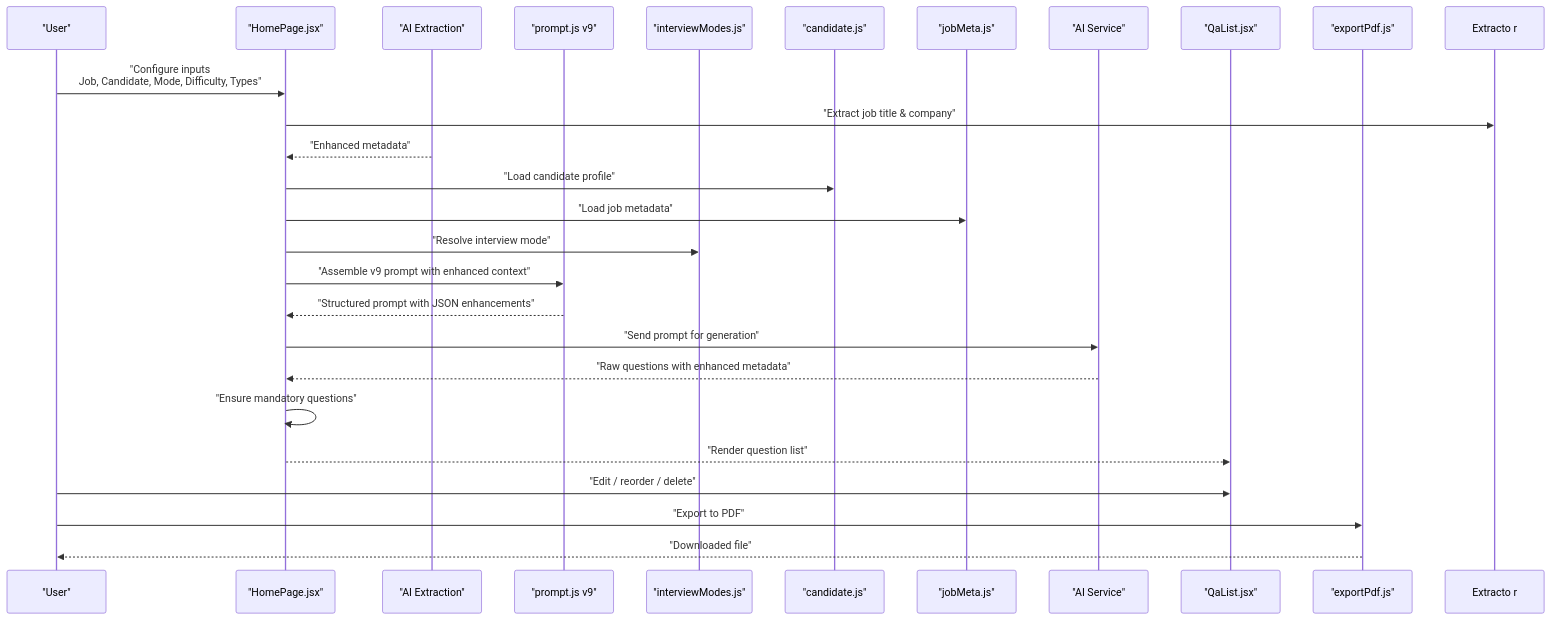
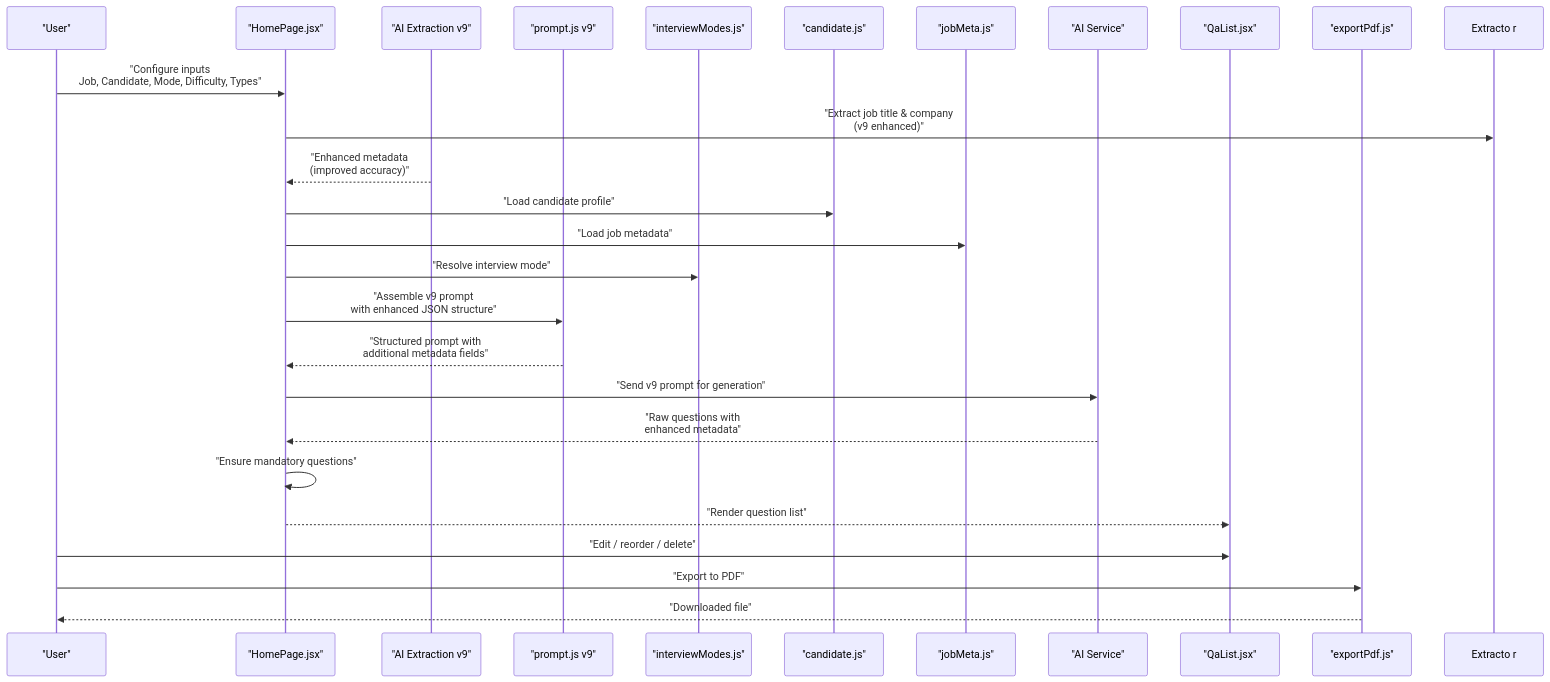
Before and after one commit to zmyeo54/briefroom: the second of 6 diagrams in .qoder/repowiki/en/content/Core Features/Interview Question Generator/Interview Question Generator.md, drawn with Mermaid. The commit also changed other lines of this file and 37 other files, not shown here.

First line of the commit message:
feat(job-application): enhance job metadata extraction and processing capabilities

````diff
--- a/.qoder/repowiki/en/content/Core Features/Interview Question Generator/Interview Question Generator.md
+++ b/.qoder/repowiki/en/content/Core Features/Interview Question Generator/Interview Question Generator.md
@@ -132,28 +135,28 @@
 ```mermaid
 sequenceDiagram
 participant User as "User"
 participant Page as "HomePage.jsx"
-participant Extractor as "AI Extraction"
+participant Extractor as "AI Extraction v9"
 participant Prompt as "prompt.js v9"
 participant Modes as "interviewModes.js"
 participant Cand as "candidate.js"
 participant Job as "jobMeta.js"
 participant Gen as "AI Service"
 participant List as "QaList.jsx"
 participant Export as "exportPdf.js"
 User->>Page : "Configure inputs<br/>Job, Candidate, Mode, Difficulty, Types"
-Page->>Extracto r : "Extract job title & company"
-Extractor-->>Page : "Enhanced metadata"
+Page->>Extracto r : "Extract job title & company<br/>(v9 enhanced)"
+Extractor-->>Page : "Enhanced metadata<br/>(improved accuracy)"
 Page->>Cand : "Load candidate profile"
 Page->>Job : "Load job metadata"
 Page->>Modes : "Resolve interview mode"
-Page->>Prompt : "Assemble v9 prompt with enhanced context"
-Prompt-->>Page : "Structured prompt with JSON enhancements"
-Page->>Gen : "Send prompt for generation"
-Gen-->>Page : "Raw questions with enhanced metadata"
+Page->>Prompt : "Assemble v9 prompt<br/>with enhanced JSON structure"
+Prompt-->>Page : "Structured prompt with<br/>additional metadata fields"
+Page->>Gen : "Send v9 prompt for generation"
+Gen-->>Page : "Raw questions with<br/>enhanced metadata"
 Page->>Page : "Ensure mandatory questions"
 Page-->>List : "Render question list"
 User->>List : "Edit / reorder / delete"
 User->>Export : "Export to PDF"
 Export-->>User : "Downloaded file"
 ```
````
